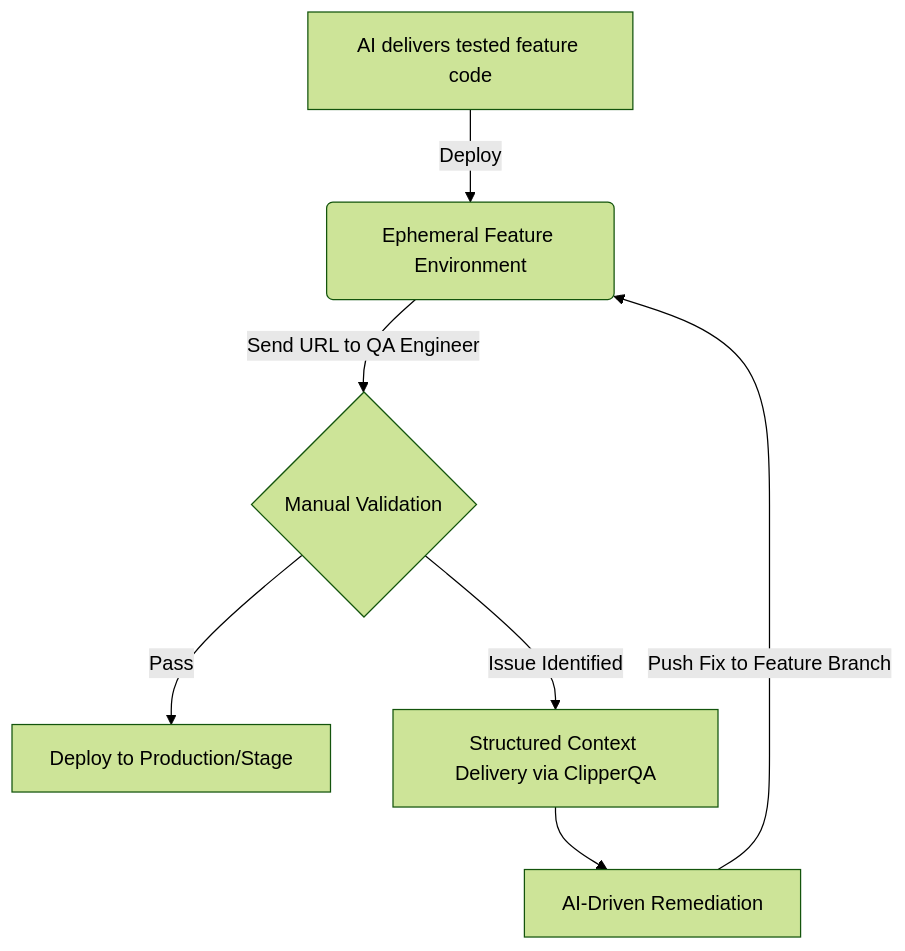
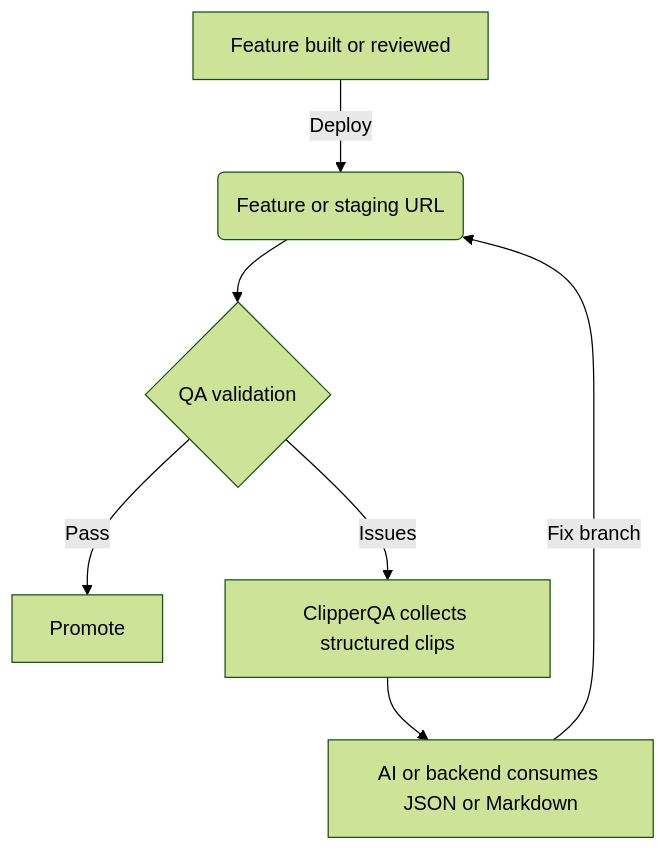
The diagram in README.md (denzakh/ClipperQA), drawn with Mermaid (forest theme) before and after one commit. The commit also changed other lines of this file and 2 other files, not shown here.

````diff
--- a/README.md
+++ b/README.md
@@ -32,9 +26,9 @@
 ```mermaid
 flowchart TD
-    A[AI delivers tested feature code] -->|Deploy| B(Ephemeral Feature Environment)
-    B --> |Send URL to QA Engineer| C{Manual Validation}
-    C -->|Pass| D[Deploy to Production/Stage]
-    C -->|Issue Identified| E[Structured Context Delivery via ClipperQA]
-    E --> F[AI-Driven Remediation]
-    F -->|Push Fix to Feature Branch| B
+    A[Feature built or reviewed] -->|Deploy| B(Feature or staging URL)
+    B --> C{QA validation}
+    C -->|Pass| D[Promote]
+    C -->|Issues| E[ClipperQA collects structured clips]
+    E --> F[AI or backend consumes JSON or Markdown]
+    F -->|Fix branch| B
 ```
````
